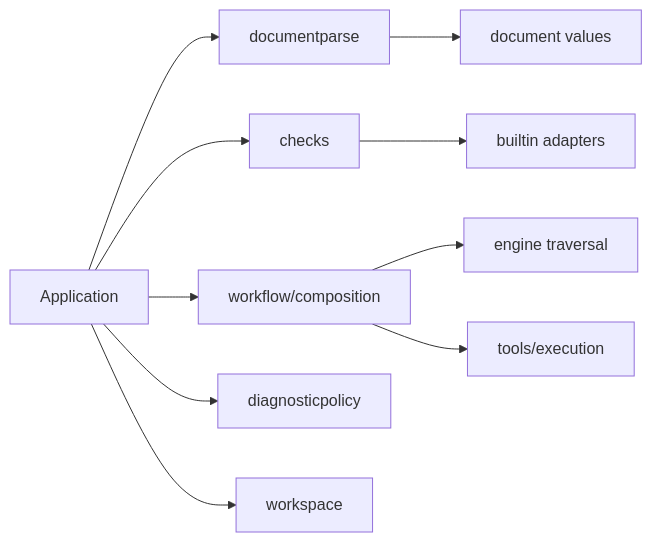
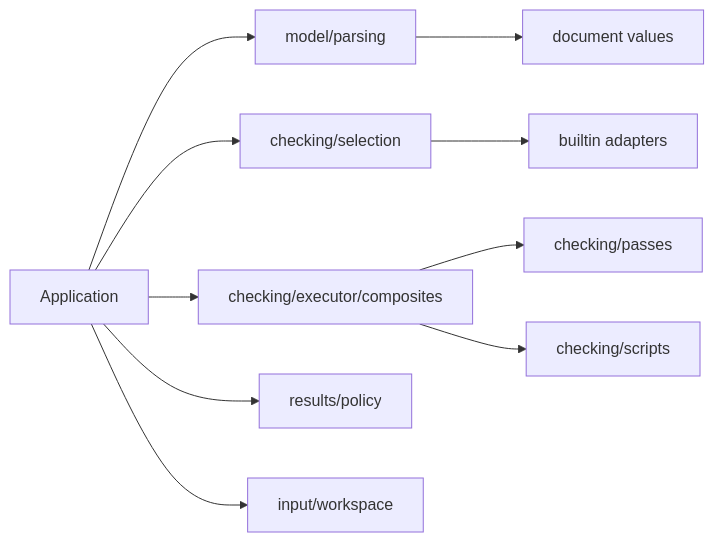
The diagram in docs/design/analysis-ownership.md (kjanat/actionlint), drawn with Mermaid before and after one commit. The commit also changed other lines of this file and 30 other files, not shown here.

````diff
--- a/docs/design/analysis-ownership.md
+++ b/docs/design/analysis-ownership.md
@@ -34,12 +35,12 @@
 ```mermaid
 flowchart LR
-    Application --> Decode[documentparse]
-    Application --> Registry[checks]
-    Application --> Composition[workflow/composition]
+    Application --> Decode[model/parsing]
+    Application --> Registry[checking/selection]
+    Application --> Composition[checking/executor/composites]
     Registry --> Builtin[builtin adapters]
-    Composition --> Engine[engine traversal]
-    Composition --> Scripts[tools/execution]
-    Application --> Policy[diagnosticpolicy]
-    Application --> Workspace[workspace]
+    Composition --> Engine[checking/passes]
+    Composition --> Scripts[checking/scripts]
+    Application --> Policy[results/policy]
+    Application --> Workspace[input/workspace]
     Decode --> Documents[document values]
 ```
````
